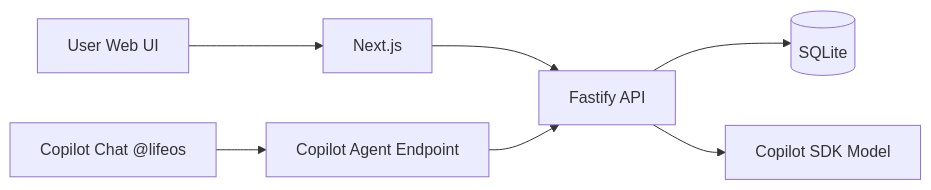
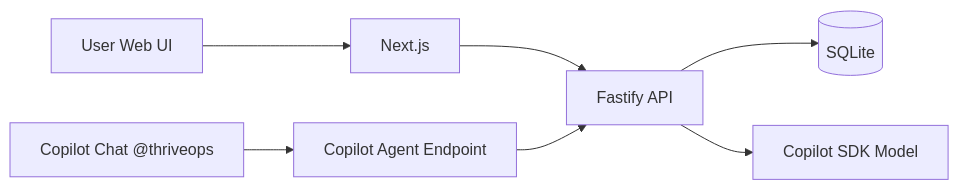
One commit to jyje/lipcoding-2026-challenge changed the diagram in plan/02-architecture.md. Above: the diagram before and after it, drawn with Mermaid. The commit also changed 2 other files, not shown here.

Commit message:
📄 docs(project): update architecture, collaboration, and agent guides
Refresh planning docs and multi-agent collaboration guidelines.

````diff
--- a/plan/02-architecture.md
+++ b/plan/02-architecture.md
@@ -13,9 +13,9 @@
 ```mermaid
 flowchart LR
   U[User Web UI] --> FE[Next.js]
   FE --> API[Fastify API]
-  C[Copilot Chat @lifeos] --> AGENT[Copilot Agent Endpoint]
+  C[Copilot Chat @thriveops] --> AGENT[Copilot Agent Endpoint]
   AGENT --> API
   API --> DB[(SQLite)]
   API --> LLM[Copilot SDK Model]
 ```
````
